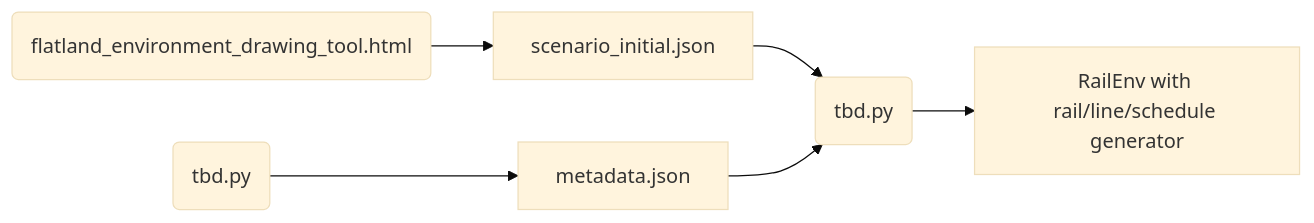
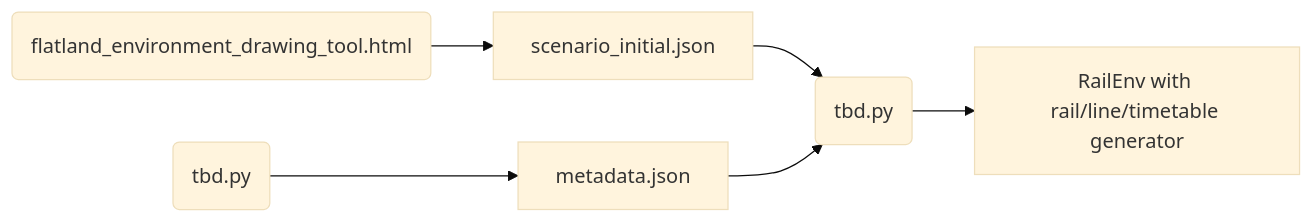
One commit to flatland-association/flatland-scenarios changed the third of 3 diagrams in scenario_generator/README.md. Above: the diagram before and after it, drawn with Mermaid (base theme). The commit also changed other lines of this file and 4 other files, not shown here.

Commit message:
rename schedule -> timetable

````diff
--- a/scenario_generator/README.md
+++ b/scenario_generator/README.md
@@ -79,8 +79,8 @@
 ```mermaid
 flowchart LR
   H(tbd.py) --> F
   B(flatland_environment_drawing_tool.html) --> C[scenario_initial.json]
   C --> D(tbd.py)
   F[metadata.json] --> D
-  D --> I[RailEnv with rail/line/schedule generator]
+  D --> I[RailEnv with rail/line/timetable generator]
 ```
````
